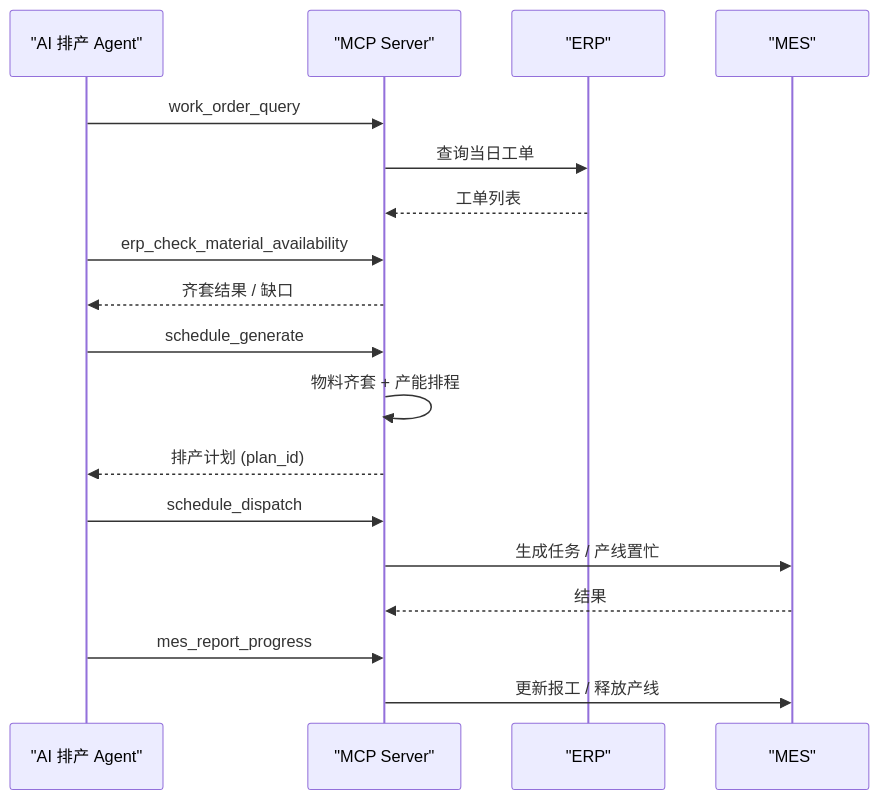
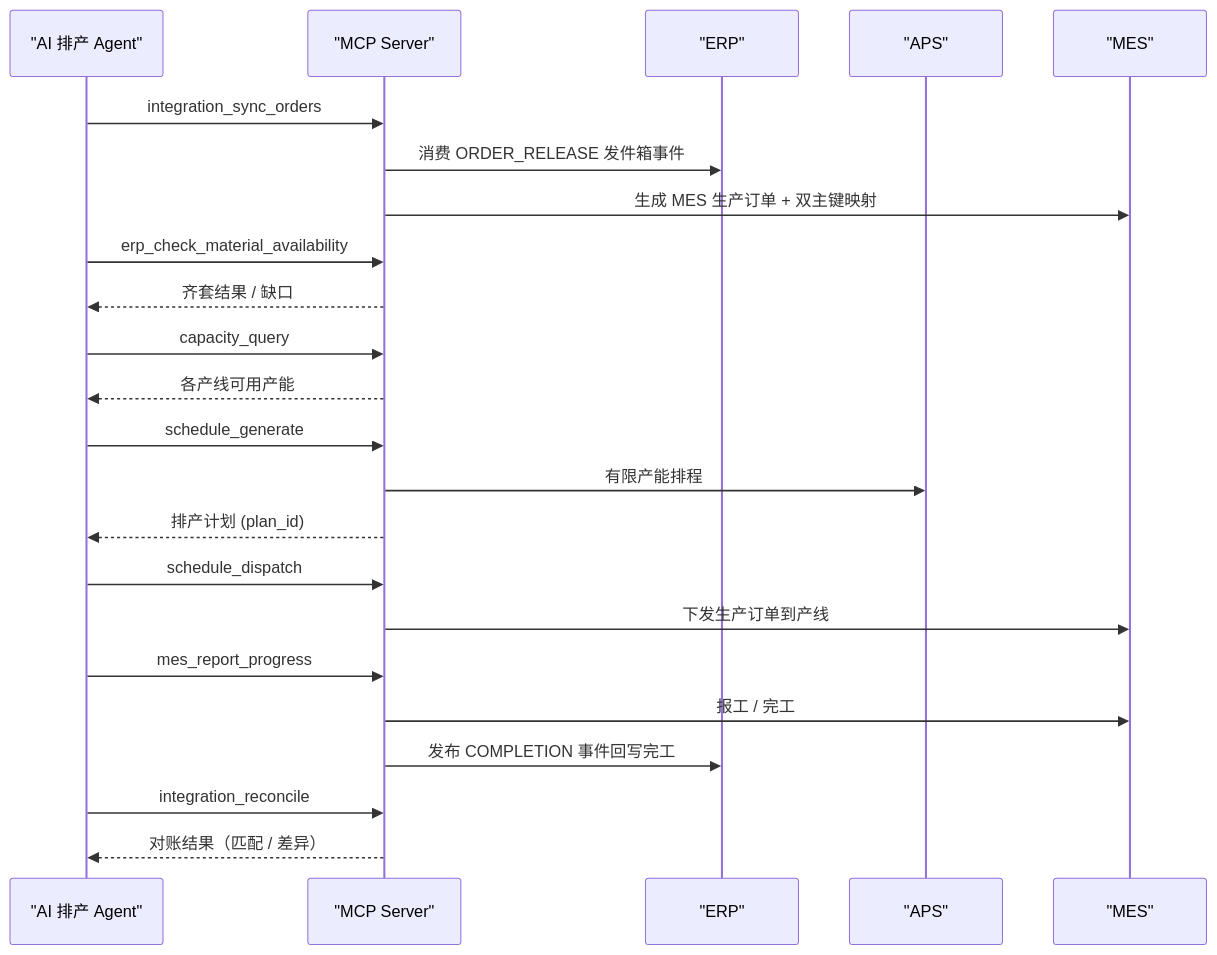
Before and after one commit to liliangxing/agent: the second of 2 diagrams in README.md, drawn with Mermaid. The commit also changed other lines of this file and 27 other files, not shown here.

````diff
--- a/README.md
+++ b/README.md
@@ -79,20 +84,25 @@
 ```mermaid
 sequenceDiagram
     participant Agent as "AI 排产 Agent"
     participant S as "MCP Server"
     participant ER as "ERP"
+    participant AP as "APS"
     participant ME as "MES"
-    Agent->>S: work_order_query
-    S->>ER: 查询当日工单
-    ER-->>S: 工单列表
+    Agent->>S: integration_sync_orders
+    S->>ER: 消费 ORDER_RELEASE 发件箱事件
+    S->>ME: 生成 MES 生产订单 + 双主键映射
     Agent->>S: erp_check_material_availability
     S-->>Agent: 齐套结果 / 缺口
+    Agent->>S: capacity_query
+    S-->>Agent: 各产线可用产能
     Agent->>S: schedule_generate
-    S->>S: 物料齐套 + 产能排程
+    S->>AP: 有限产能排程
     S-->>Agent: 排产计划 (plan_id)
     Agent->>S: schedule_dispatch
-    S->>ME: 生成任务 / 产线置忙
-    ME-->>S: 结果
+    S->>ME: 下发生产订单到产线
     Agent->>S: mes_report_progress
-    S->>ME: 更新报工 / 释放产线
+    S->>ME: 报工 / 完工
+    S->>ER: 发布 COMPLETION 事件回写完工
+    Agent->>S: integration_reconcile
+    S-->>Agent: 对账结果（匹配 / 差异）
 ```
````
